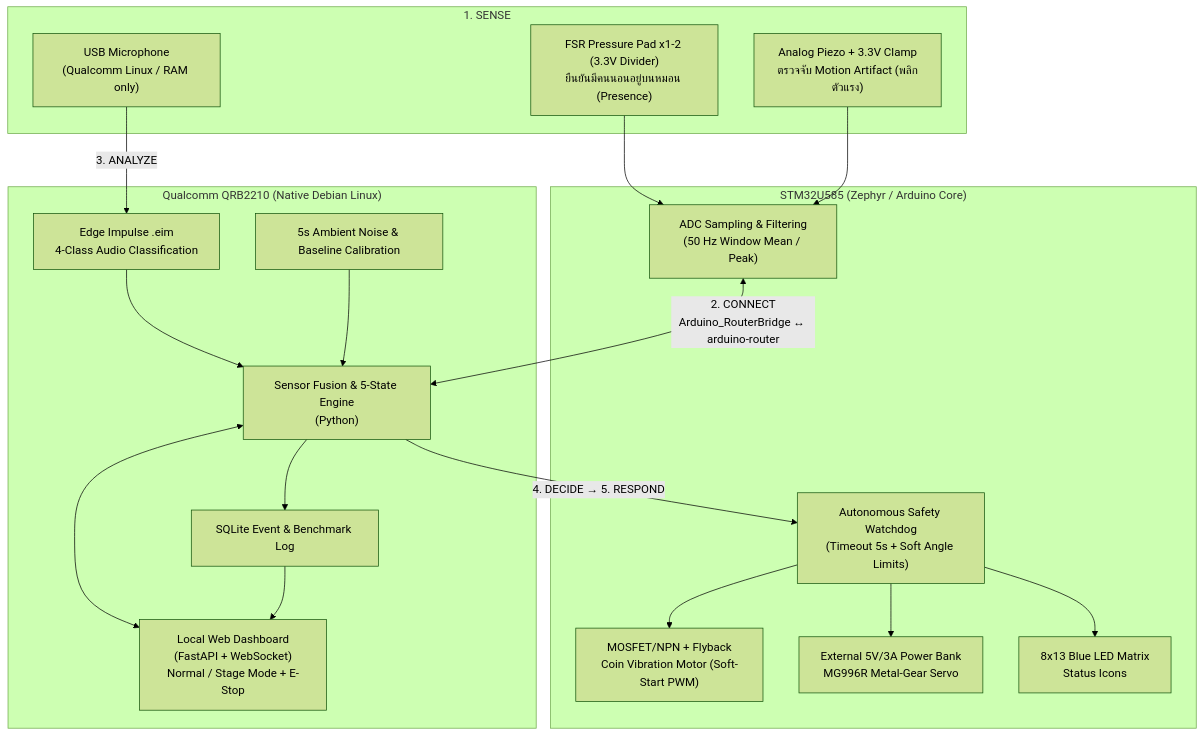
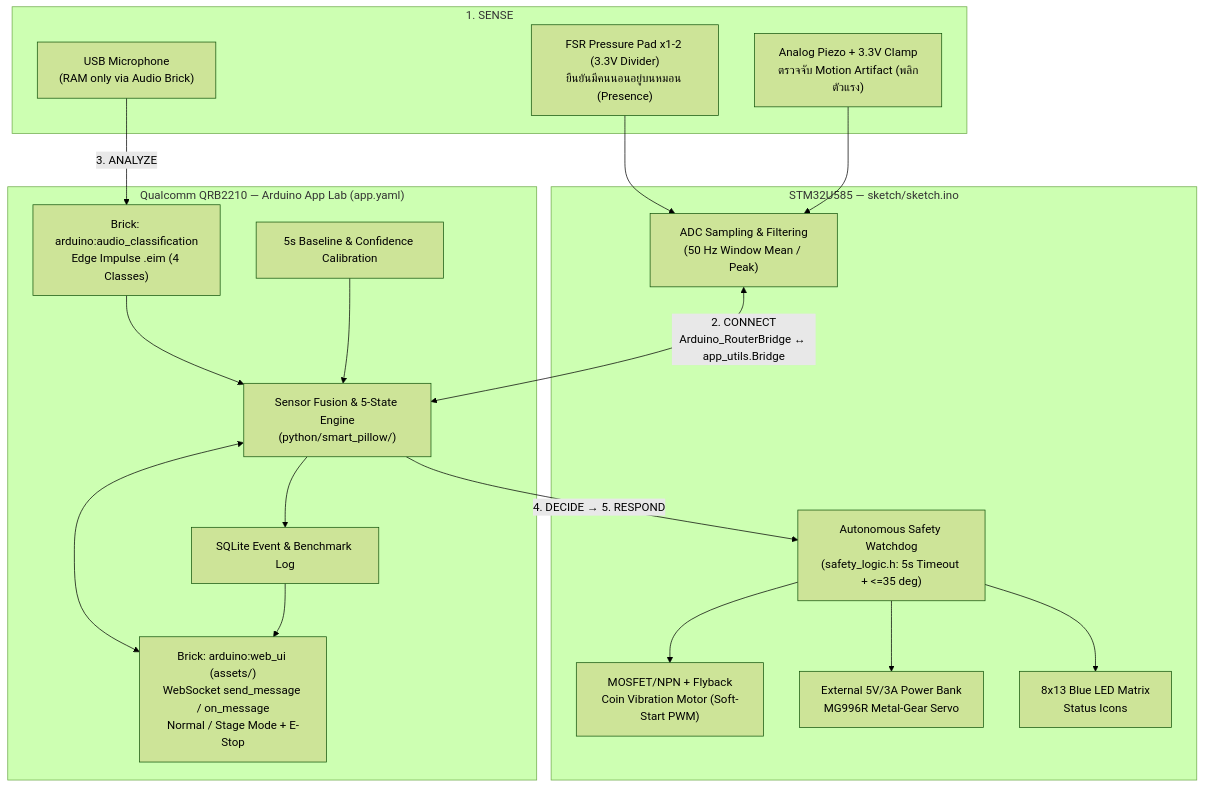
Before and after one commit to ggze123/smart-pillow-uno-q: the first of 2 diagrams in docs/superpowers/specs/2026-11-20-smart-pillow-design.md, drawn with Mermaid (forest theme). The commit also changed other lines of this file and 2 other files, not shown here.

Commit message:
docs: align design spec, implementation plan, and README to Arduino App Lab

````diff
--- a/docs/superpowers/specs/2026-11-20-smart-pillow-design.md
+++ b/docs/superpowers/specs/2026-11-20-smart-pillow-design.md
@@ -76,38 +76,38 @@
 ```mermaid
 flowchart TD
     subgraph SENSE["1. SENSE"]
-        MIC["USB Microphone<br/>(Qualcomm Linux / RAM only)"]
+        MIC["USB Microphone<br/>(RAM only via Audio Brick)"]
         FSR["FSR Pressure Pad x1-2 (3.3V Divider)<br/>ยืนยันมีคนนอนอยู่บนหมอน (Presence)"]
         PIEZO["Analog Piezo + 3.3V Clamp<br/>ตรวจจับ Motion Artifact (พลิกตัวแรง)"]
     end
 
-    subgraph MCU["STM32U585 (Zephyr / Arduino Core)"]
+    subgraph MCU["STM32U585 — sketch/sketch.ino"]
         ADC["ADC Sampling & Filtering<br/>(50 Hz Window Mean / Peak)"]
-        WD["Autonomous Safety Watchdog<br/>(Timeout 5s + Soft Angle Limits)"]
+        WD["Autonomous Safety Watchdog<br/>(safety_logic.h: 5s Timeout + <=35 deg)"]
         DRV_V["MOSFET/NPN + Flyback<br/>Coin Vibration Motor (Soft-Start PWM)"]
         DRV_S["External 5V/3A Power Bank<br/>MG996R Metal-Gear Servo"]
         LED["8x13 Blue LED Matrix<br/>Status Icons"]
     end
 
-    subgraph LINUX["Qualcomm QRB2210 (Native Debian Linux)"]
-        AI["Edge Impulse .eim<br/>4-Class Audio Classification"]
-        CAL["5s Ambient Noise & Baseline Calibration"]
-        FSM["Sensor Fusion & 5-State Engine<br/>(Python)"]
+    subgraph APPLAB["Qualcomm QRB2210 — Arduino App Lab (app.yaml)"]
+        AI["Brick: arduino:audio_classification<br/>Edge Impulse .eim (4 Classes)"]
+        CAL["5s Baseline & Confidence Calibration"]
+        FSM["Sensor Fusion & 5-State Engine<br/>(python/smart_pillow/)"]
         DB["SQLite Event & Benchmark Log"]
-        WEB["Local Web Dashboard<br/>(FastAPI + WebSocket)<br/>Normal / Stage Mode + E-Stop"]
+        WEB["Brick: arduino:web_ui (assets/)<br/>WebSocket send_message / on_message<br/>Normal / Stage Mode + E-Stop"]
     end
 
     FSR --> ADC
     PIEZO --> ADC
-    ADC <-->|"2. CONNECT<br/>Arduino_RouterBridge ↔ arduino-router"| FSM
+    ADC <-->|"2. CONNECT<br/>Arduino_RouterBridge ↔ app_utils.Bridge"| FSM
     MIC -->|"3. ANALYZE"| AI
     AI --> FSM
     CAL --> FSM
     FSM -->|"4. DECIDE → 5. RESPOND"| WD
     WD --> DRV_V
     WD --> DRV_S
     WD --> LED
     FSM <--> WEB
     FSM --> DB
     DB --> WEB
 ```
````
